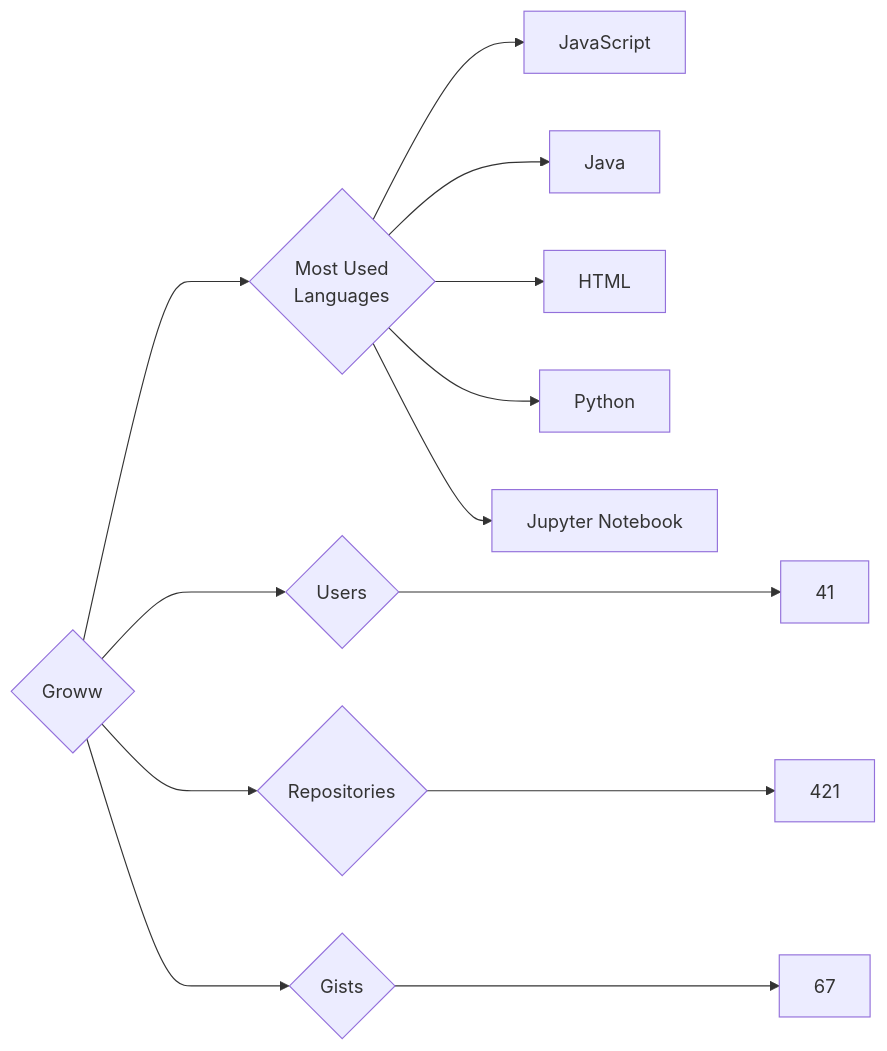
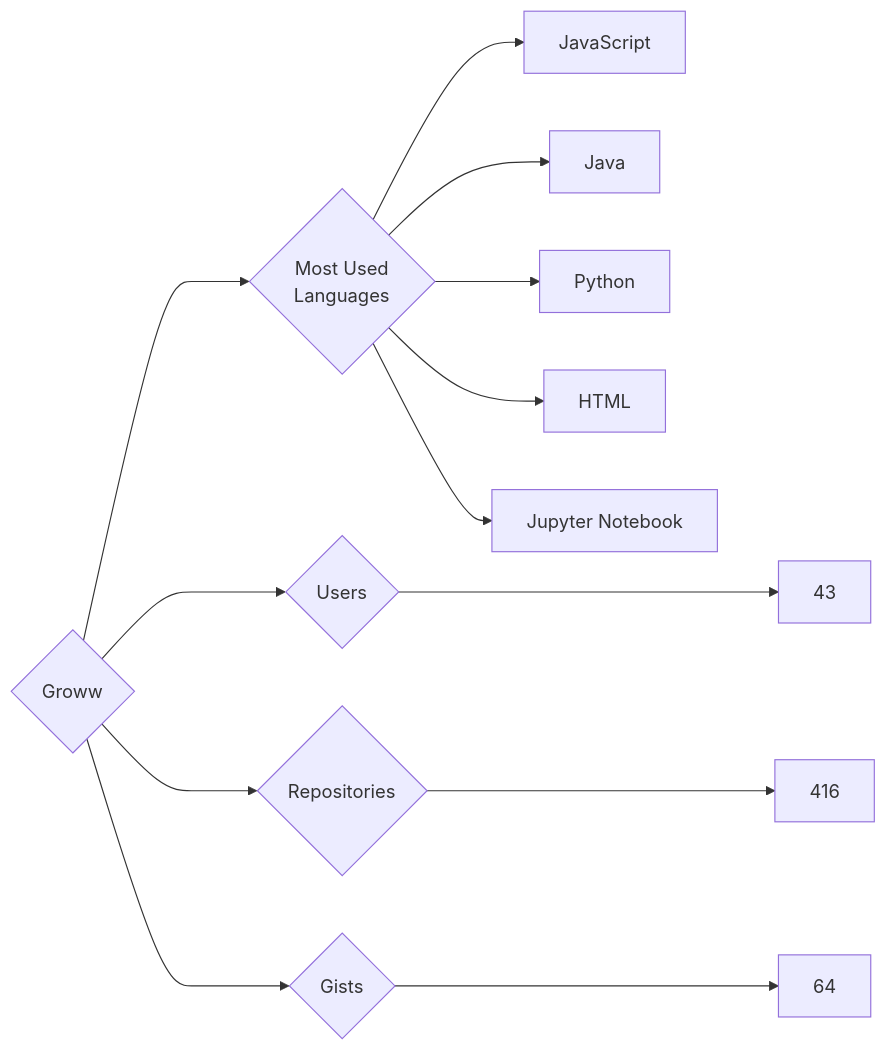
One commit to trickest/insiders changed the diagram in targets/Groww/README.md. Above: the diagram before and after it, drawn with Mermaid. The commit also changed 870 other files, not shown here.

````diff
--- a/targets/Groww/README.md
+++ b/targets/Groww/README.md
@@ -3,13 +3,13 @@
 ```mermaid
 graph LR
 COMPANY_NAME{Groww}
-COMPANY_NAME ---> U{Users} ---> UN[41]
-COMPANY_NAME ---> R{Repositories} ---> RN[421]
-COMPANY_NAME ---> G{Gists} ---> GN[67]
+COMPANY_NAME ---> U{Users} ---> UN[43]
+COMPANY_NAME ---> R{Repositories} ---> RN[416]
+COMPANY_NAME ---> G{Gists} ---> GN[64]
 COMPANY_NAME ---> ML{Most Used<br>Languages}
 ML --> JavaScript[JavaScript]
 ML --> Java[Java]
+ML --> Python[Python]
 ML --> HTML[HTML]
-ML --> Python[Python]
 ML --> Jupyter_Notebook[Jupyter Notebook]
 ```
````
